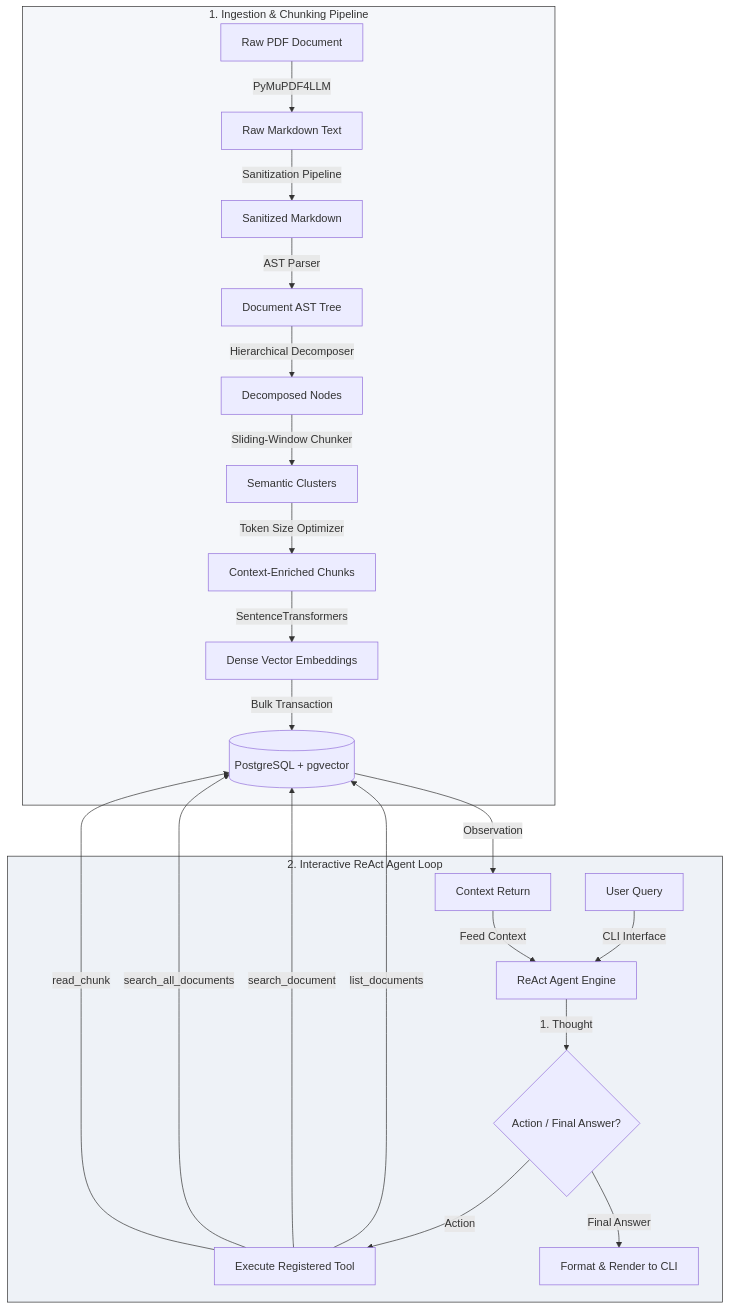
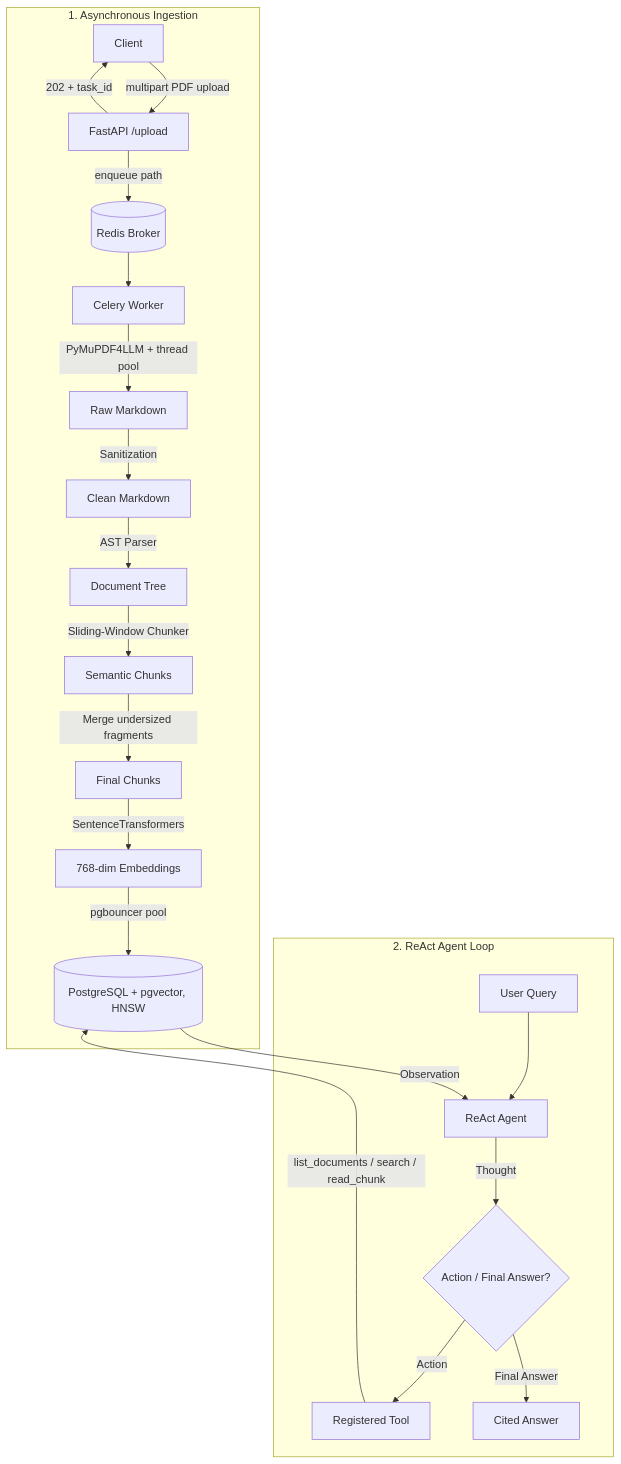
Before and after one commit to omega-sus67/rag_python: the diagram in README.md, drawn with Mermaid. The commit also changed other lines of this file and 1 other file, not shown here.

````diff
--- a/README.md
+++ b/README.md
@@ -23,31 +13,27 @@
 ```mermaid
 graph TD
-    %% Ingestion Pipeline
-    subgraph Ingestion_Pipeline ["1. Ingestion & Chunking Pipeline"]
-        A[Raw PDF Document] -->|PyMuPDF4LLM| B[Raw Markdown Text]
-        B -->|Sanitization Pipeline| C[Sanitized Markdown]
-        C -->|AST Parser| D[Document AST Tree]
-        D -->|Hierarchical Decomposer| E[Decomposed Nodes]
-        E -->|Sliding-Window Chunker| F[Semantic Clusters]
-        F -->|Token Size Optimizer| G[Context-Enriched Chunks]
-        G -->|SentenceTransformers| H[Dense Vector Embeddings]
-        H -->|Bulk Transaction| I[(PostgreSQL + pgvector)]
+    %% Async Ingestion
+    subgraph Async_Ingestion ["1. Asynchronous Ingestion"]
+        U[Client] -->|multipart PDF upload| API[FastAPI /upload]
+        API -->|202 + task_id| U
+        API -->|enqueue path| R[(Redis Broker)]
+        R --> W[Celery Worker]
+        W -->|PyMuPDF4LLM + thread pool| B[Raw Markdown]
+        B -->|Sanitization| C[Clean Markdown]
+        C -->|AST Parser| D[Document Tree]
+        D -->|Sliding-Window Chunker| E[Semantic Chunks]
+        E -->|Merge undersized fragments| F[Final Chunks]
+        F -->|SentenceTransformers| G[768-dim Embeddings]
+        G -->|pgbouncer pool| I[(PostgreSQL + pgvector, HNSW)]
     end
 
     %% Agentic Query Loop
-    subgraph Agentic_Query_Loop ["2. Interactive ReAct Agent Loop"]
-        J[User Query] -->|CLI Interface| K[ReAct Agent Engine]
-        K -->|1. Thought| L{Action / Final Answer?}
-        L -->|Action| M[Execute Registered Tool]
-        M -->|list_documents| I
-        M -->|search_document| I
-        M -->|search_all_documents| I
-        M -->|read_chunk| I
-        I -->|Observation| N[Context Return]
-        N -->|Feed Context| K
-        L -->|Final Answer| O[Format & Render to CLI]
+    subgraph Agentic_Query_Loop ["2. ReAct Agent Loop"]
+        J[User Query] --> K[ReAct Agent]
+        K -->|Thought| L{Action / Final Answer?}
+        L -->|Action| M[Registered Tool]
+        M -->|list_documents / search / read_chunk| I
+        I -->|Observation| K
+        L -->|Final Answer| O[Cited Answer]
     end
-
-    style Ingestion_Pipeline fill:#f5f7fa,stroke:#333,stroke-width:1px
-    style Agentic_Query_Loop fill:#eef2f7,stroke:#333,stroke-width:1px
 ```
````
